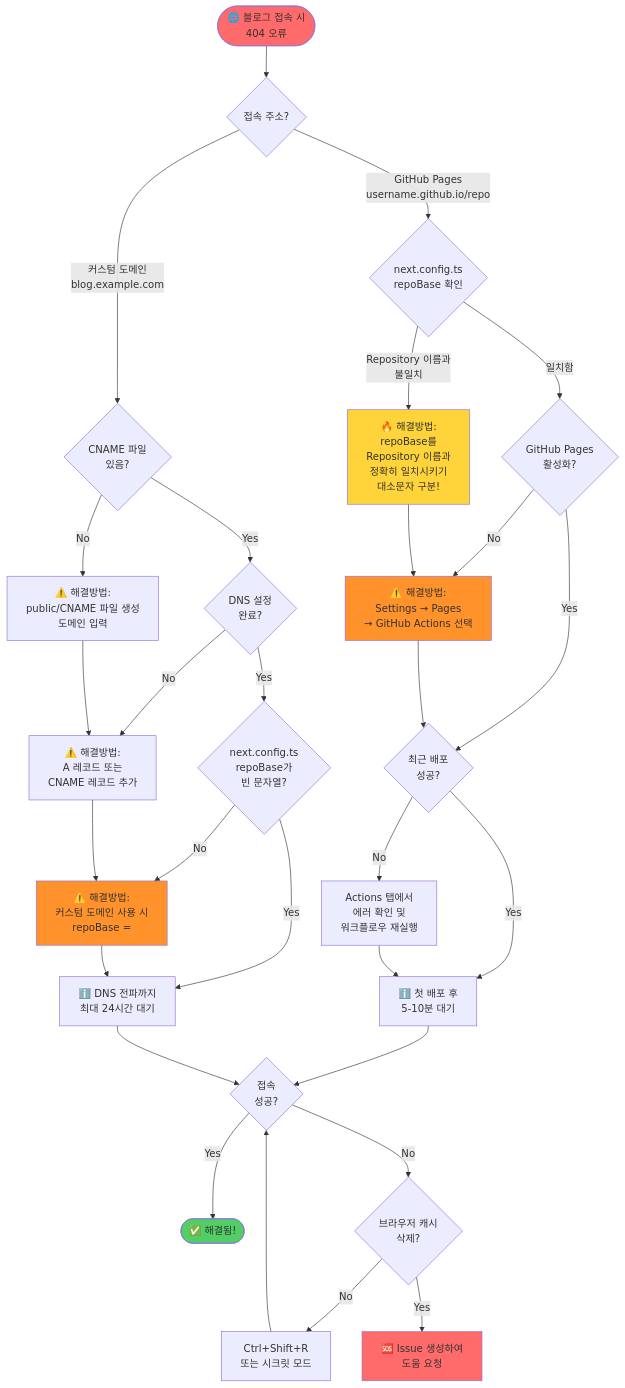
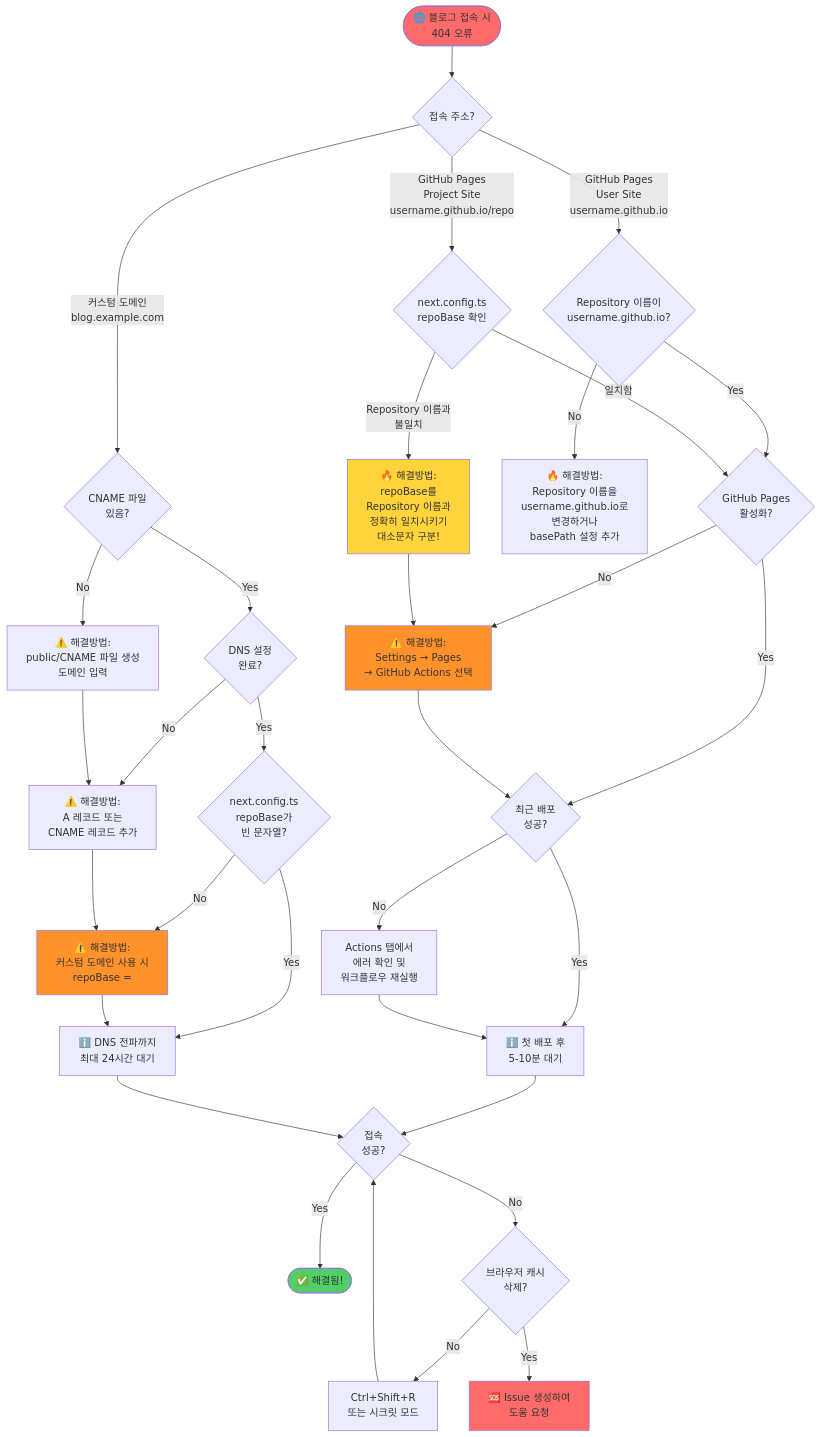
One commit to freelife1191/nextjs-notion-blog changed the fourth of 4 diagrams in docs/TROUBLESHOOTING_GUIDE.md. Above: the diagram before and after it, drawn with Mermaid. The commit also changed other lines of this file and 2 other files, not shown here.

First line of the commit message:
docs: Update all guide documents for root path deployment

````diff
--- a/docs/TROUBLESHOOTING_GUIDE.md
+++ b/docs/TROUBLESHOOTING_GUIDE.md
@@ -185,50 +185,54 @@
 ```mermaid
 flowchart TD
     Start([🌐 블로그 접속 시<br/>404 오류]) --> DomainType{접속 주소?}
 
-    DomainType -->|GitHub Pages<br/>username.github.io/repo| CheckBasePath{next.config.ts<br/>repoBase 확인}
+    DomainType -->|GitHub Pages<br/>User Site<br/>username.github.io| CheckUserSite{Repository 이름이<br/>username.github.io?}
+    DomainType -->|GitHub Pages<br/>Project Site<br/>username.github.io/repo| CheckBasePath{next.config.ts<br/>repoBase 확인}
     DomainType -->|커스텀 도메인<br/>blog.example.com| CheckCustom{CNAME 파일<br/>있음?}
+
+    CheckUserSite -->|Yes| CheckPagesEnabled{GitHub Pages<br/>활성화?}
+    CheckUserSite -->|No| FixRepoName[🔥 해결방법:<br/>Repository 이름을<br/>username.github.io로<br/>변경하거나<br/>basePath 설정 추가]
 
     CheckBasePath -->|Repository 이름과<br/>불일치| FixBasePath[🔥 해결방법:<br/>repoBase를<br/>Repository 이름과<br/>정확히 일치시키기<br/>대소문자 구분!]
     CheckBasePath -->|일치함| CheckPagesEnabled{GitHub Pages<br/>활성화?}
 
     CheckPagesEnabled -->|No| EnablePages[⚠️ 해결방법:<br/>Settings → Pages<br/>→ GitHub Actions 선택]
     CheckPagesEnabled -->|Yes| CheckDeployed{최근 배포<br/>성공?}
 
     CheckDeployed -->|No| FixDeploy[Actions 탭에서<br/>에러 확인 및<br/>워크플로우 재실행]
     CheckDeployed -->|Yes| Wait[ℹ️ 첫 배포 후<br/>5-10분 대기]
 
     CheckCustom -->|No| CreateCNAME[⚠️ 해결방법:<br/>public/CNAME 파일 생성<br/>도메인 입력]
     CheckCustom -->|Yes| CheckDNS{DNS 설정<br/>완료?}
 
     CheckDNS -->|No| FixDNS[⚠️ 해결방법:<br/>A 레코드 또는<br/>CNAME 레코드 추가]
     CheckDNS -->|Yes| CheckCustomBasePath{next.config.ts<br/>repoBase가<br/>빈 문자열?}
 
     CheckCustomBasePath -->|No| FixCustomBasePath[⚠️ 해결방법:<br/>커스텀 도메인 사용 시<br/>repoBase = ""]
     CheckCustomBasePath -->|Yes| WaitDNS[ℹ️ DNS 전파까지<br/>최대 24시간 대기]
 
     FixBasePath --> EnablePages
     EnablePages --> CheckDeployed
     FixDeploy --> Wait
     Wait --> Success{접속<br/>성공?}
 
     CreateCNAME --> FixDNS
     FixDNS --> FixCustomBasePath
     FixCustomBasePath --> WaitDNS
     WaitDNS --> Success
 
     Success -->|Yes| Done([✅ 해결됨!])
     Success -->|No| ClearCache{브라우저 캐시<br/>삭제?}
 
     ClearCache -->|No| DoClearCache[Ctrl+Shift+R<br/>또는 시크릿 모드]
     ClearCache -->|Yes| IssueHelp[🆘 Issue 생성하여<br/>도움 요청]
 
     DoClearCache --> Success
 
     style Start fill:#ff6b6b
     style Done fill:#51cf66
     style FixBasePath fill:#ffd43b
     style EnablePages fill:#ff922b
     style FixCustomBasePath fill:#ff922b
     style IssueHelp fill:#ff6b6b
 ```
````
